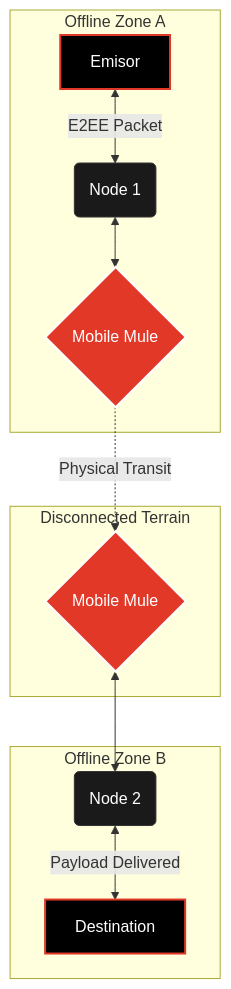
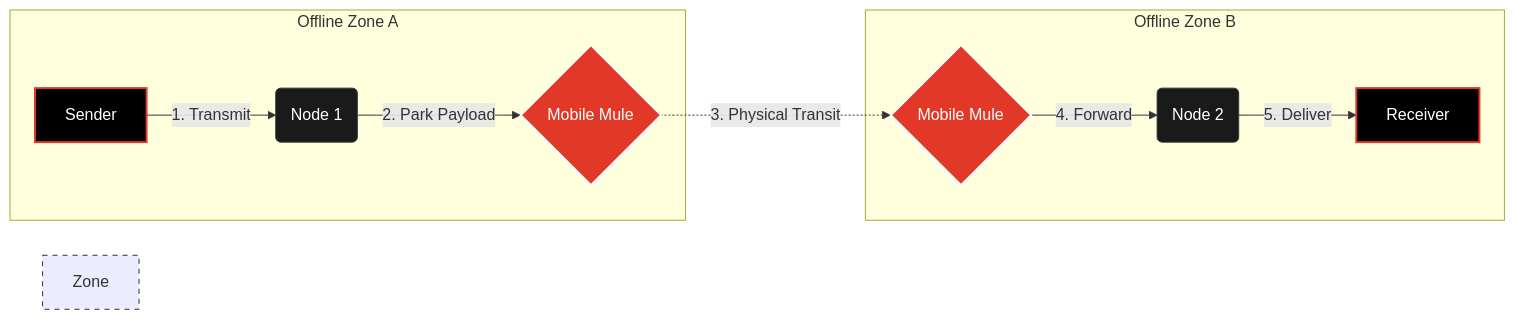
The diagram in README.md (bridgefy/bridgefy-app), drawn with Mermaid before and after one commit.

Commit message:
Update mermaid diagram for routing behavior

````diff
--- a/README.md
+++ b/README.md
@@ -67,23 +67,23 @@
 ```mermaid
-graph TD
-    subgraph Offline Zone A
-    E[Emisor] <-->|E2EE Packet| N1(Node 1)
-    N1 <--> M{Mobile Mule}
+graph LR
+    subgraph Zone A [Offline Zone A]
+    S[Sender] -->|1. Transmit| N1(Node 1)
+    N1 -->|2. Park Payload| M{Mobile Mule}
     end
 
-    subgraph Disconnected Terrain
-    M -.->|Physical Transit| M2{Mobile Mule}
+    M -.->|3. Physical Transit| M2{Mobile Mule}
+
+    subgraph Zone B [Offline Zone B]
+    M2 -->|4. Forward| N2(Node 2)
+    N2 -->|5. Deliver| R[Receiver]
     end
 
-    subgraph Offline Zone B
-    M2 <--> N2(Node 2)
-    N2 <-->|Payload Delivered| D[Destination]
-    end
-
-    style E fill:#000000,stroke:#E23828,stroke-width:2px,color:#fff
-    style D fill:#000000,stroke:#E23828,stroke-width:2px,color:#fff
+    style S fill:#000000,stroke:#E23828,stroke-width:2px,color:#fff
+    style R fill:#000000,stroke:#E23828,stroke-width:2px,color:#fff
     style M fill:#E23828,stroke:#fff,stroke-width:2px,color:#fff
     style M2 fill:#E23828,stroke:#fff,stroke-width:2px,color:#fff
     style N1 fill:#1a1a1a,stroke:#333,color:#fff
     style N2 fill:#1a1a1a,stroke:#333,color:#fff
+    style Zone A fill:none,stroke:#333,stroke-dasharray: 5 5
+    style Zone B fill:none,stroke:#333,stroke-dasharray: 5 5
 ```
````
